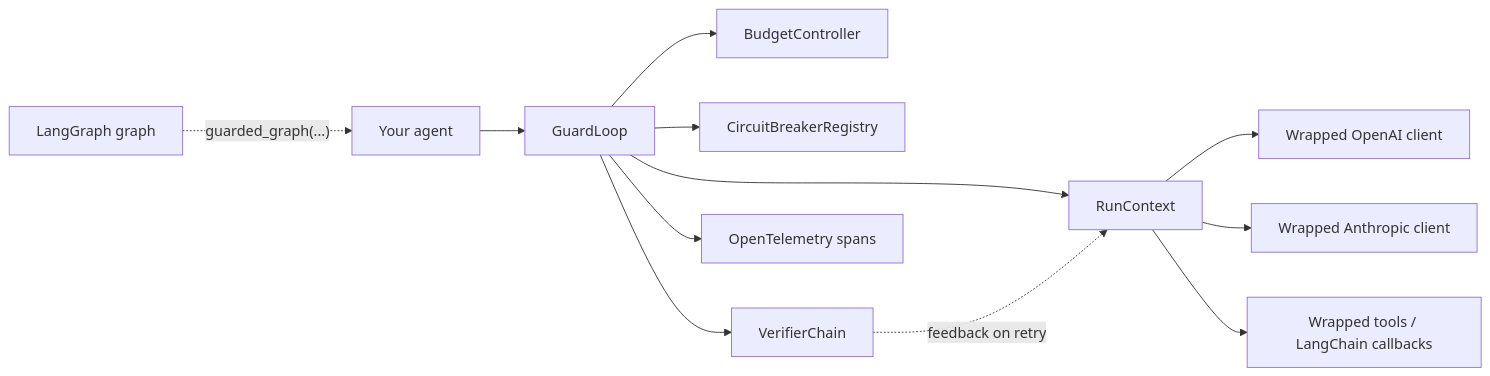
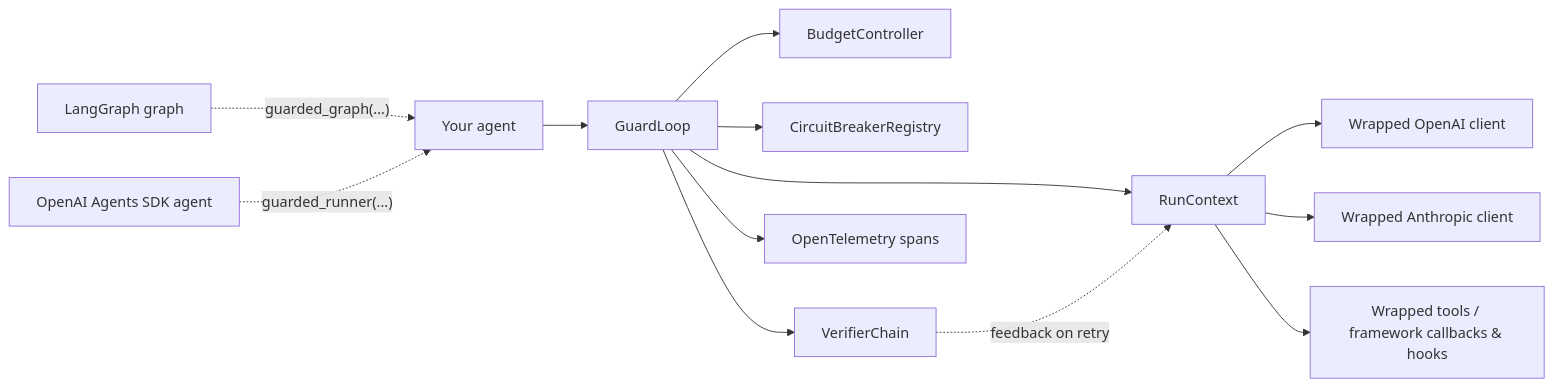
The diagram in README.md (awesome-pro/guardloop), drawn with Mermaid before and after one commit. The commit also changed other lines of this file and 13 other files, not shown here.

````diff
--- a/README.md
+++ b/README.md
@@ -67,14 +68,15 @@
 ```mermaid
 flowchart LR
     LG["LangGraph graph"] -. "guarded_graph(...)" .-> U
+    OA["OpenAI Agents SDK agent"] -. "guarded_runner(...)" .-> U
     U["Your agent"] --> R["GuardLoop"]
     R --> B["BudgetController"]
     R --> CB["CircuitBreakerRegistry"]
     R --> V["VerifierChain"]
     R --> T["OpenTelemetry spans"]
     R --> C["RunContext"]
     C --> O["Wrapped OpenAI client"]
     C --> A["Wrapped Anthropic client"]
-    C --> W["Wrapped tools / LangChain callbacks"]
+    C --> W["Wrapped tools / framework callbacks & hooks"]
     V -. "feedback on retry" .-> C
 ```
````
